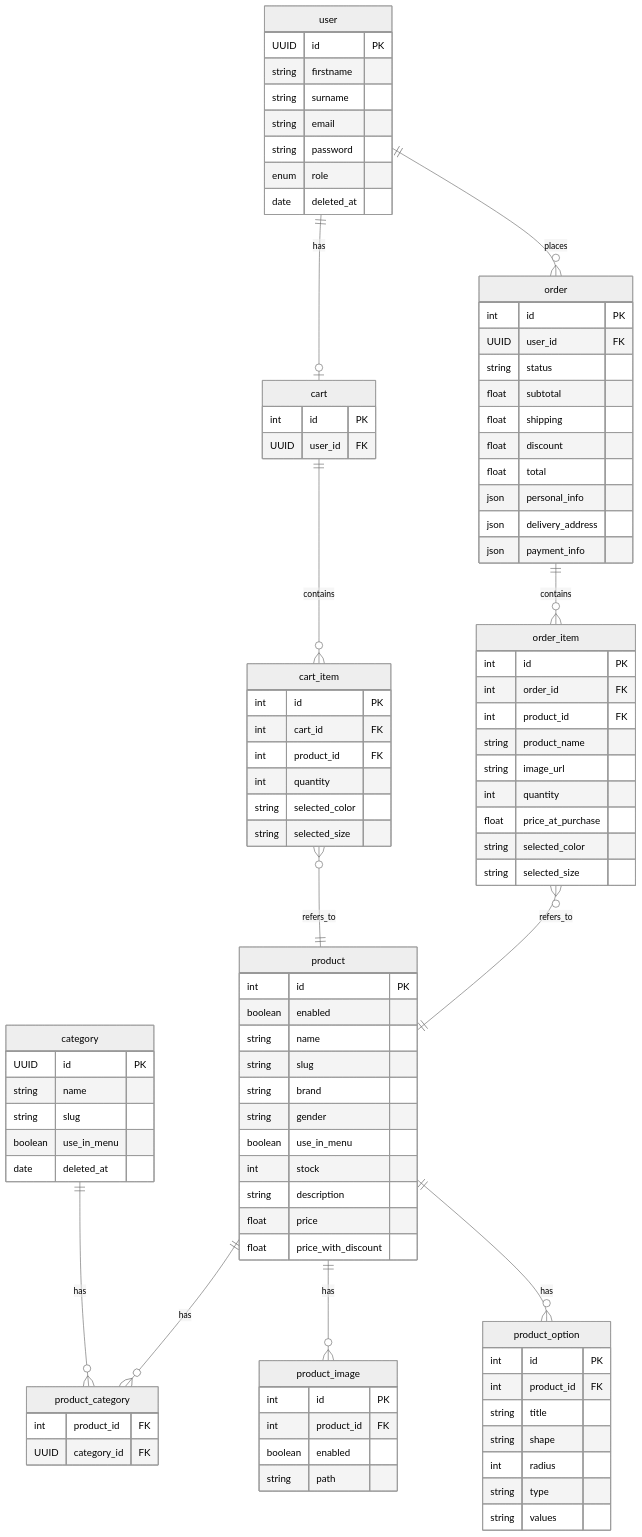
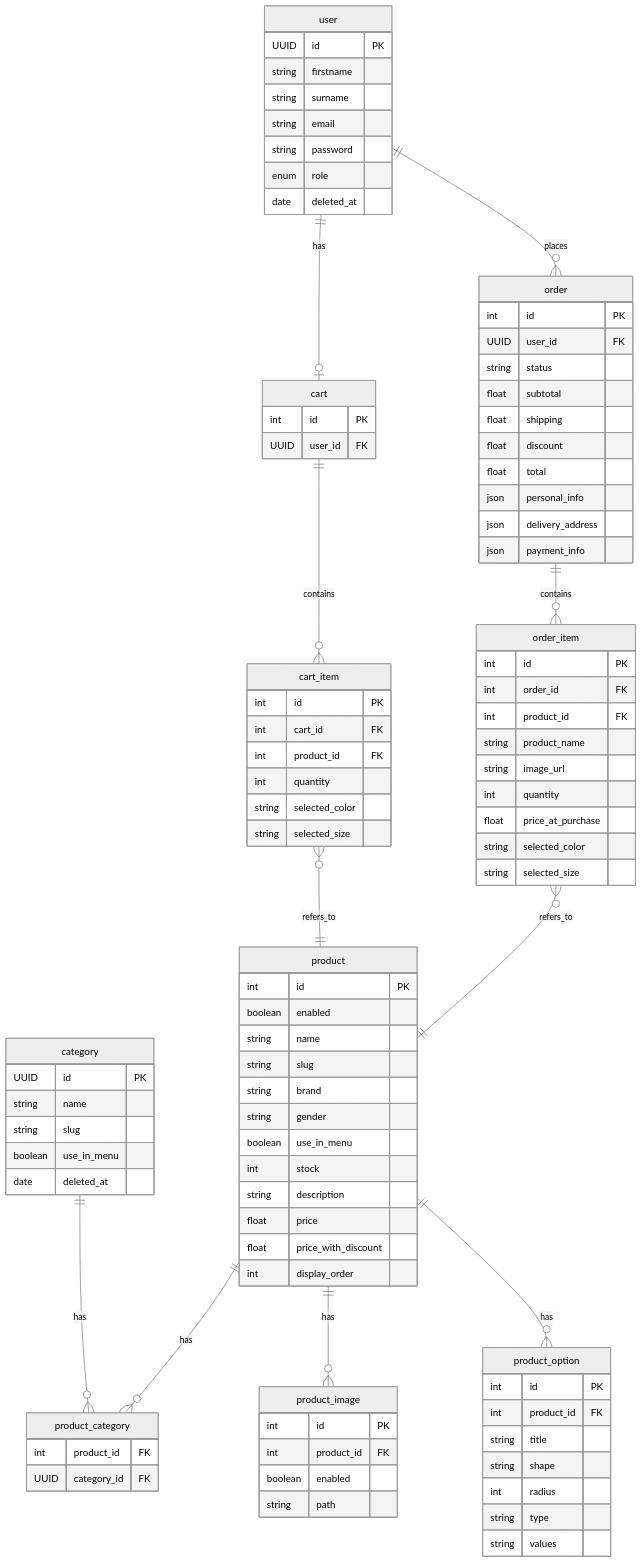
The second of 2 diagrams in README.md (Caio-Ian-Oliveira/digital-store-api), drawn with Mermaid (neutral theme) before and after one commit. The commit also changed other lines of this file and 5 other files, not shown here.

```diff
--- a/README.md
+++ b/README.md
@@ -294,6 +294,7 @@
         string description
         float price
         float price_with_discount
+        int display_order
     }
 
     product_image {
```
